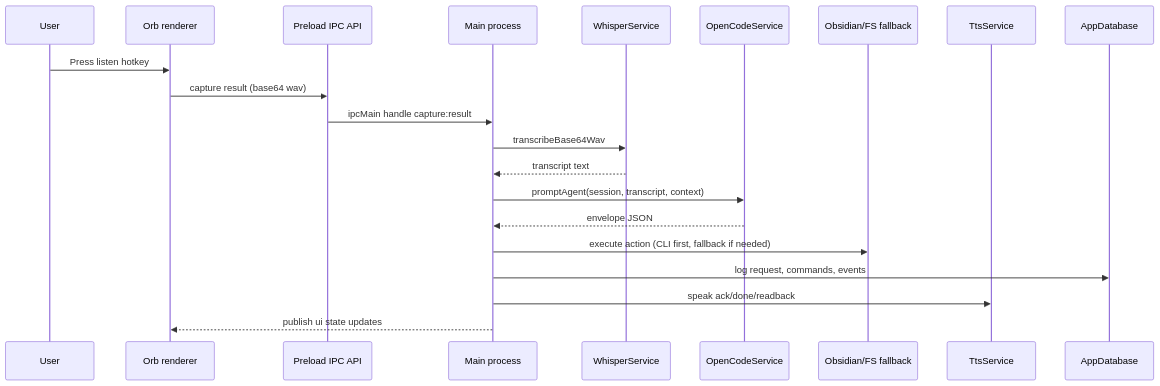
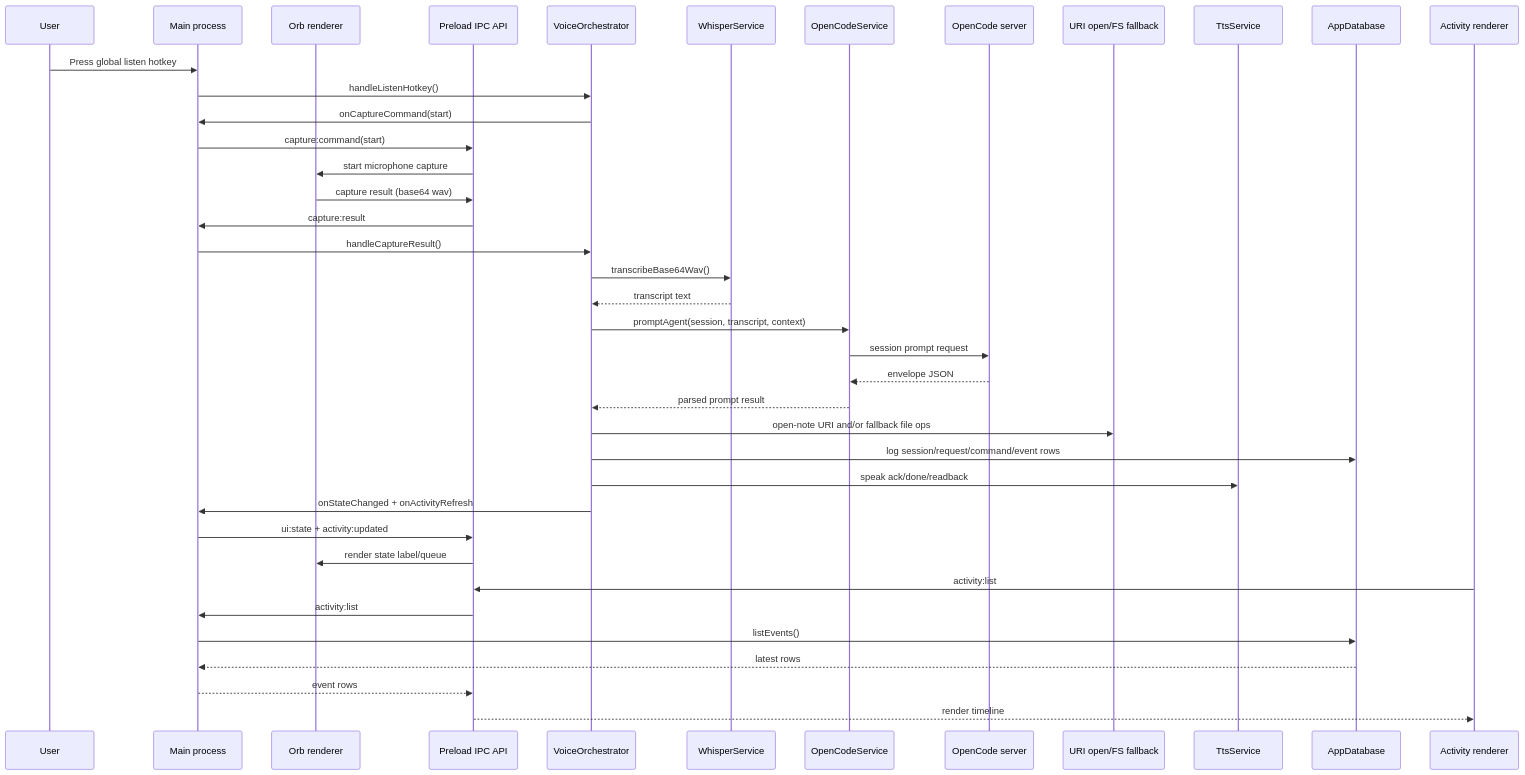
One commit to NarukeAlpha/orbsidian changed the diagram in Writerside/topics/Architecture-and-runtime-flow.md. Above: the diagram before and after it, drawn with Mermaid. The commit also changed 1 other file, not shown here.

Commit message:
fixed some documentation

````diff
--- a/Writerside/topics/Architecture-and-runtime-flow.md
+++ b/Writerside/topics/Architecture-and-runtime-flow.md
@@ -7,24 +7,42 @@
 ```mermaid
 sequenceDiagram
     participant U as User
+    participant M as Main process
     participant O as Orb renderer
     participant P as Preload IPC API
-    participant M as Main process
+    participant R as VoiceOrchestrator
     participant W as WhisperService
     participant G as OpenCodeService
-    participant B as Obsidian/FS fallback
+    participant X as OpenCode server
+    participant B as URI open/FS fallback
     participant T as TtsService
     participant D as AppDatabase
+    participant A as Activity renderer
 
-    U->>O: Press listen hotkey
+    U->>M: Press global listen hotkey
+    M->>R: handleListenHotkey()
+    R->>M: onCaptureCommand(start)
+    M->>P: capture:command(start)
+    P->>O: start microphone capture
     O->>P: capture result (base64 wav)
-    P->>M: ipcMain handle capture:result
-    M->>W: transcribeBase64Wav
-    W-->>M: transcript text
-    M->>G: promptAgent(session, transcript, context)
-    G-->>M: envelope JSON
-    M->>B: execute action (CLI first, fallback if needed)
-    M->>D: log request, commands, events
-    M->>T: speak ack/done/readback
-    M-->>O: publish ui state updates
+    P->>M: capture:result
+    M->>R: handleCaptureResult()
+    R->>W: transcribeBase64Wav()
+    W-->>R: transcript text
+    R->>G: promptAgent(session, transcript, context)
+    G->>X: session prompt request
+    X-->>G: envelope JSON
+    G-->>R: parsed prompt result
+    R->>B: open-note URI and/or fallback file ops
+    R->>D: log session/request/command/event rows
+    R->>T: speak ack/done/readback
+    R->>M: onStateChanged + onActivityRefresh
+    M->>P: ui:state + activity:updated
+    P->>O: render state label/queue
+    A->>P: activity:list
+    P->>M: activity:list
+    M->>D: listEvents()
+    D-->>M: latest rows
+    M-->>P: event rows
+    P-->>A: render timeline
 ```
````
